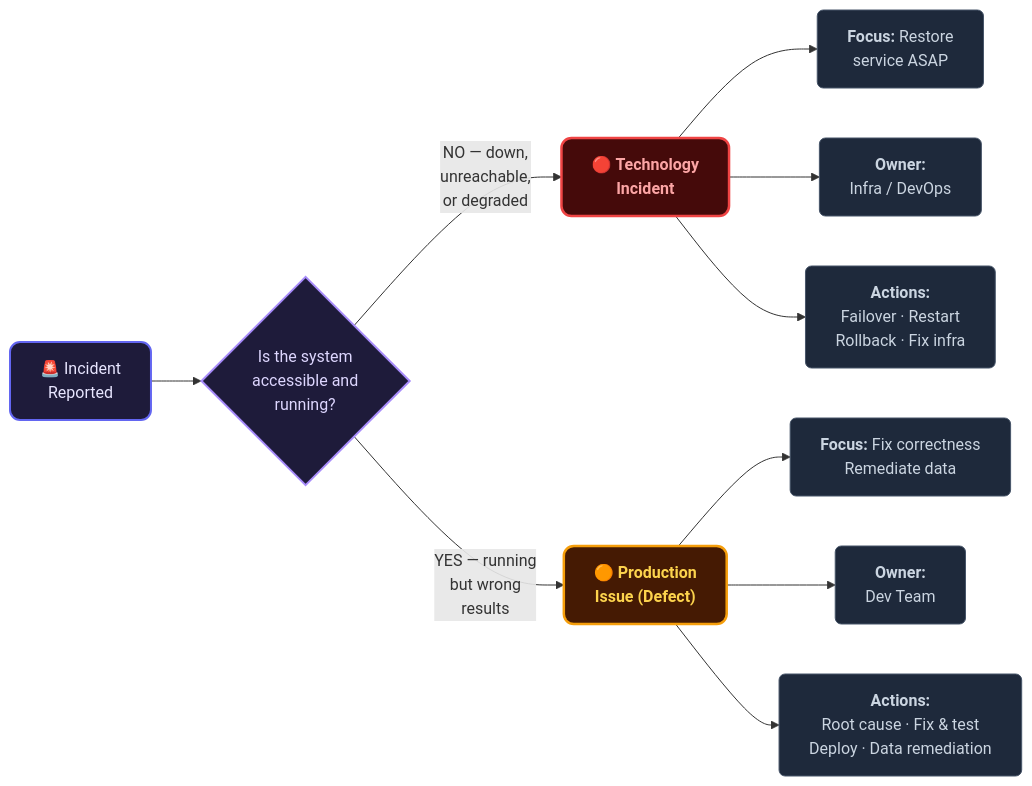
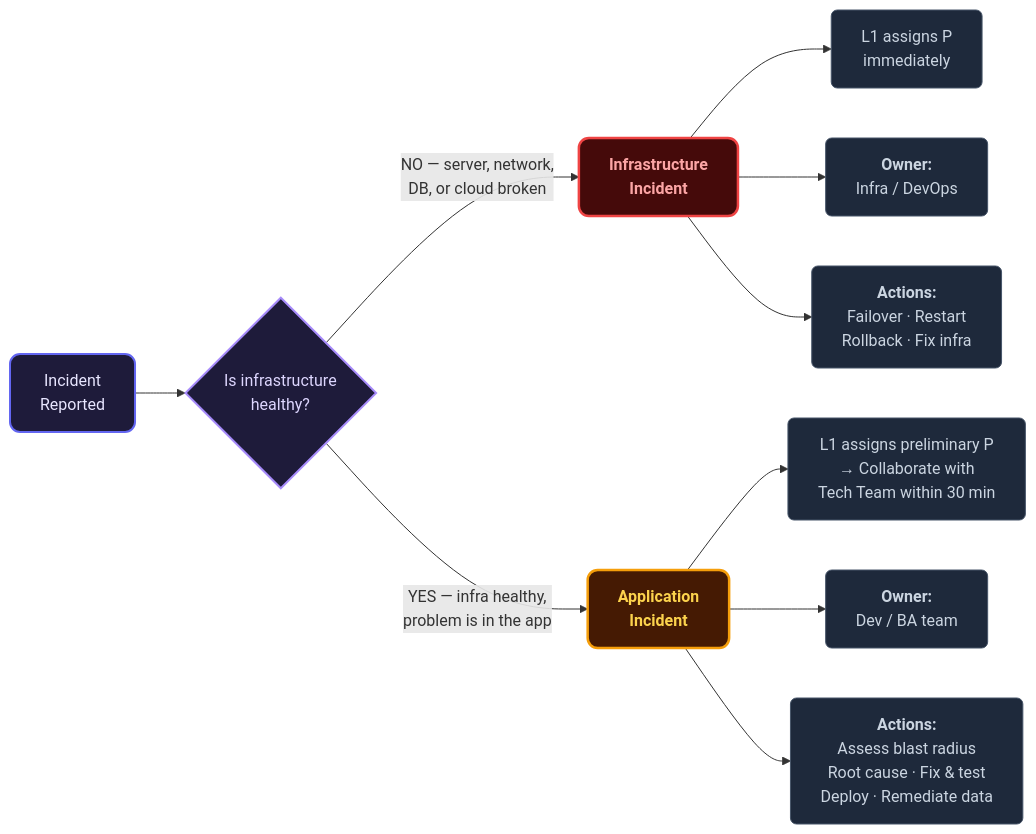
One commit to dsonerd/sharable changed the second of 3 diagrams in solutions/incident-managment/swimlane-flow.md. Above: the diagram before and after it, drawn with Mermaid. The commit also changed other lines of this file, not shown here.

First line of the commit message:
Update swimlane flow to Infrastructure vs Application Incident model

````diff
--- a/solutions/incident-managment/swimlane-flow.md
+++ b/solutions/incident-managment/swimlane-flow.md
@@ -246,27 +259,27 @@
 ```mermaid
 flowchart LR
-    START["🚨 Incident<br/>Reported"] --> Q1{"Is the system<br/>accessible and<br/>running?"}
+    START["Incident<br/>Reported"] --> Q1{"Is infrastructure<br/>healthy?"}
 
-    Q1 -->|"NO — down,<br/>unreachable,<br/>or degraded"| TI["🔴 <b>Technology<br/>Incident</b>"]
-    Q1 -->|"YES — running<br/>but wrong<br/>results"| PI["🟠 <b>Production<br/>Issue (Defect)</b>"]
+    Q1 -->|"NO — server, network,<br/>DB, or cloud broken"| II["<b>Infrastructure<br/>Incident</b>"]
+    Q1 -->|"YES — infra healthy,<br/>problem is in the app"| AI["<b>Application<br/>Incident</b>"]
 
-    TI --> TI_FOCUS["<b>Focus:</b> Restore<br/>service ASAP"]
-    TI --> TI_OWNER["<b>Owner:</b><br/>Infra / DevOps"]
-    TI --> TI_ACTION["<b>Actions:</b><br/>Failover · Restart<br/>Rollback · Fix infra"]
+    II --> II_P["L1 assigns P<br/>immediately"]
+    II --> II_OWNER["<b>Owner:</b><br/>Infra / DevOps"]
+    II --> II_ACTION["<b>Actions:</b><br/>Failover · Restart<br/>Rollback · Fix infra"]
 
-    PI --> PI_FOCUS["<b>Focus:</b> Fix correctness<br/>Remediate data"]
-    PI --> PI_OWNER["<b>Owner:</b><br/>Dev Team"]
-    PI --> PI_ACTION["<b>Actions:</b><br/>Root cause · Fix & test<br/>Deploy · Data remediation"]
+    AI --> AI_P["L1 assigns preliminary P<br/>→ Collaborate with<br/>Tech Team within 30 min"]
+    AI --> AI_OWNER["<b>Owner:</b><br/>Dev / BA team"]
+    AI --> AI_ACTION["<b>Actions:</b><br/>Assess blast radius<br/>Root cause · Fix & test<br/>Deploy · Remediate data"]
 
     classDef start fill:#1E1B3A,stroke:#6366F1,stroke-width:2px,color:#E8E6FF,rx:10
     classDef question fill:#1E1B3A,stroke:#A78BFA,stroke-width:2px,color:#DDD6FE
-    classDef tech fill:#450A0A,stroke:#EF4444,stroke-width:2.5px,color:#FCA5A5,rx:10
-    classDef prod fill:#451A03,stroke:#F59E0B,stroke-width:2.5px,color:#FCD34D,rx:10
+    classDef infra fill:#450A0A,stroke:#EF4444,stroke-width:2.5px,color:#FCA5A5,rx:10
+    classDef app fill:#451A03,stroke:#F59E0B,stroke-width:2.5px,color:#FCD34D,rx:10
     classDef detail fill:#1E293B,stroke:#475569,stroke-width:1px,color:#CBD5E1,rx:6
 
     class START start
     class Q1 question
-    class TI tech
-    class PI prod
-    class TI_FOCUS,TI_OWNER,TI_ACTION,PI_FOCUS,PI_OWNER,PI_ACTION detail
+    class II infra
+    class AI app
+    class II_P,II_OWNER,II_ACTION,AI_P,AI_OWNER,AI_ACTION detail
 ```
````
